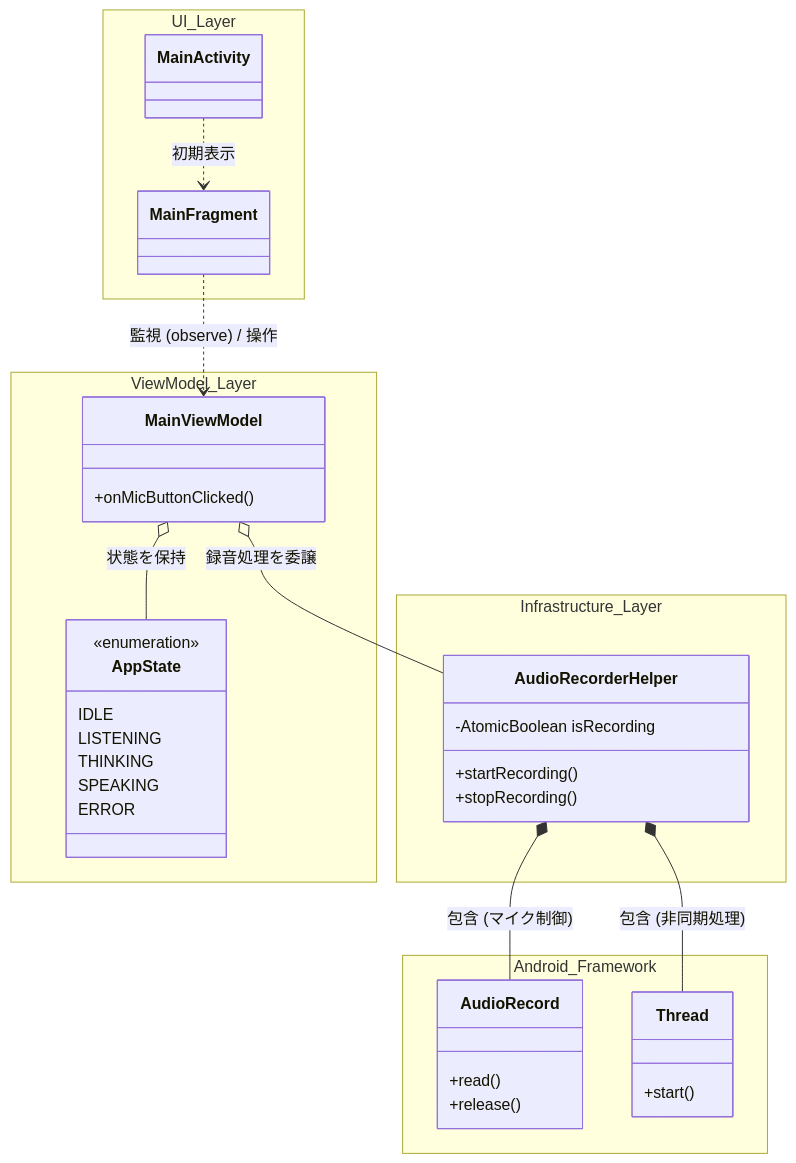
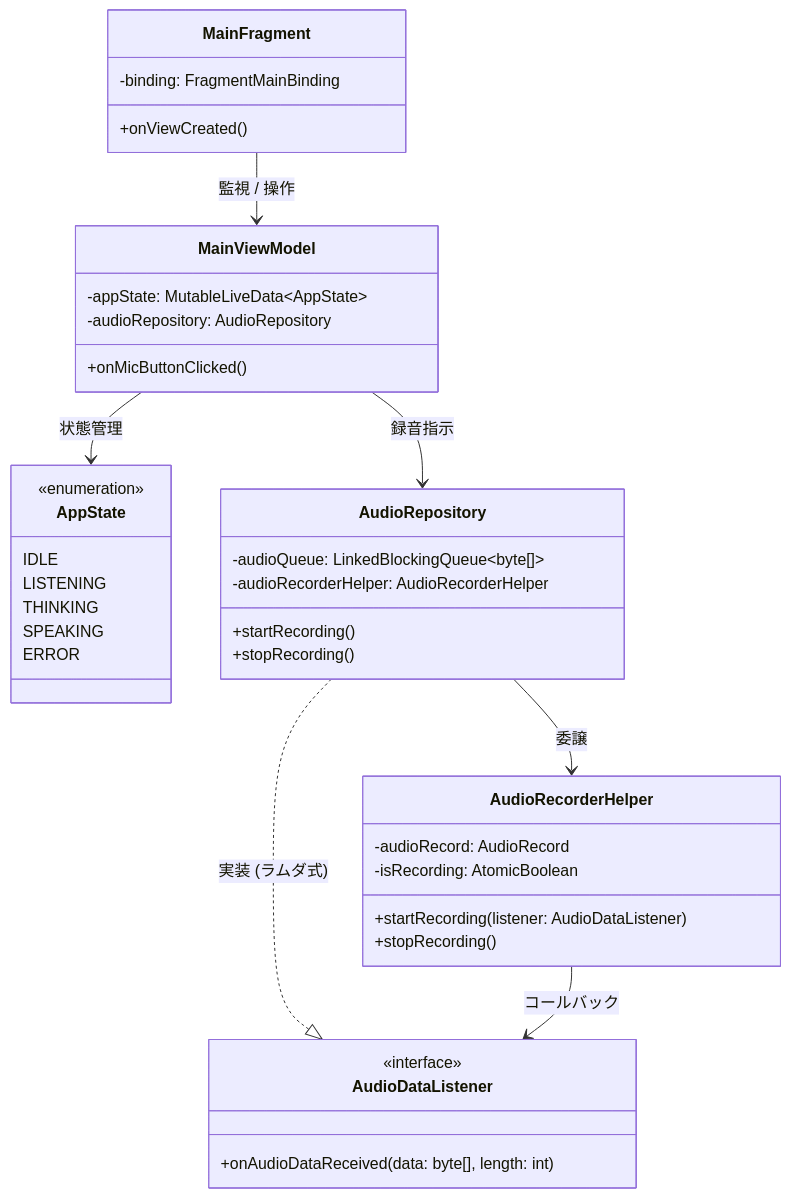
One commit to rotani/android-study changed the first of 2 diagrams in README.md. Above: the diagram before and after it, drawn with Mermaid. The commit also changed other lines of this file and 4 other files, not shown here.

````diff
--- a/README.md
+++ b/README.md
@@ -14,46 +14,43 @@
 ```mermaid
 classDiagram
-    namespace Android_Framework {
-        class AudioRecord {
-            +read()
-            +release()
-        }
-        class Thread {
-            +start()
-        }
+    class MainFragment {
+        -binding: FragmentMainBinding
+        +onViewCreated()
+    }
+    class MainViewModel {
+        -appState: MutableLiveData~AppState~
+        -audioRepository: AudioRepository
+        +onMicButtonClicked()
+    }
+    class AppState {
+        <<enumeration>>
+        IDLE
+        LISTENING
+        THINKING
+        SPEAKING
+        ERROR
+    }
+    class AudioRepository {
+        -audioQueue: LinkedBlockingQueue~byte[]~
+        -audioRecorderHelper: AudioRecorderHelper
+        +startRecording()
+        +stopRecording()
+    }
+    class AudioRecorderHelper {
+        -audioRecord: AudioRecord
+        -isRecording: AtomicBoolean
+        +startRecording(listener: AudioDataListener)
+        +stopRecording()
+    }
+    class AudioDataListener {
+        <<interface>>
+        +onAudioDataReceived(data: byte[], length: int)
     }
 
-    namespace UI_Layer {
-        class MainActivity
-        class MainFragment
-    }
-
-    namespace ViewModel_Layer {
-        class MainViewModel {
-            +onMicButtonClicked()
-        }
-        class AppState {
-            <<enumeration>>
-            IDLE
-            LISTENING
-            THINKING
-            SPEAKING
-            ERROR
-        }
-    }
-
-    namespace Infrastructure_Layer {
-        class AudioRecorderHelper {
-            -AtomicBoolean isRecording
-            +startRecording()
-            +stopRecording()
-        }
-    }
-    
-    MainActivity ..> MainFragment : 初期表示
-    MainFragment ..> MainViewModel : 監視 (observe) / 操作
-    MainViewModel o-- AppState : 状態を保持
-    MainViewModel o-- AudioRecorderHelper : 録音処理を委譲
-    AudioRecorderHelper *-- AudioRecord : 包含 (マイク制御)
-    AudioRecorderHelper *-- Thread : 包含 (非同期処理)
+    MainFragment --> MainViewModel : 監視 / 操作
+    MainViewModel --> AppState : 状態管理
+    MainViewModel --> AudioRepository : 録音指示
+    AudioRepository --> AudioRecorderHelper : 委譲
+    AudioRepository ..|> AudioDataListener : 実装 (ラムダ式)
+    AudioRecorderHelper --> AudioDataListener : コールバック
 ```
````
